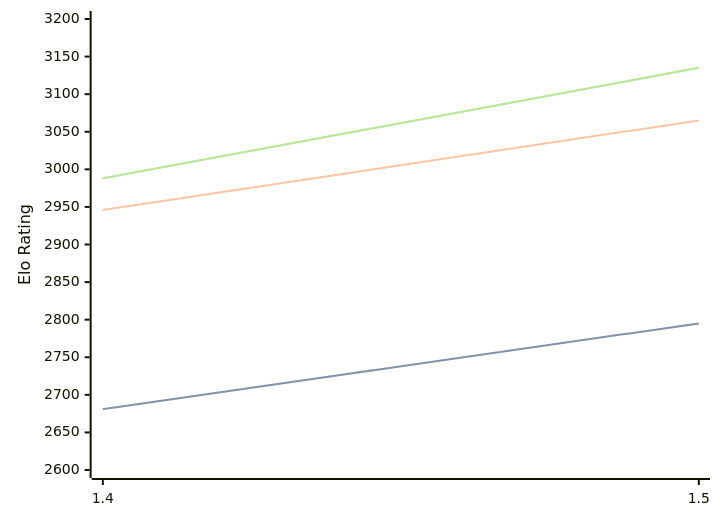
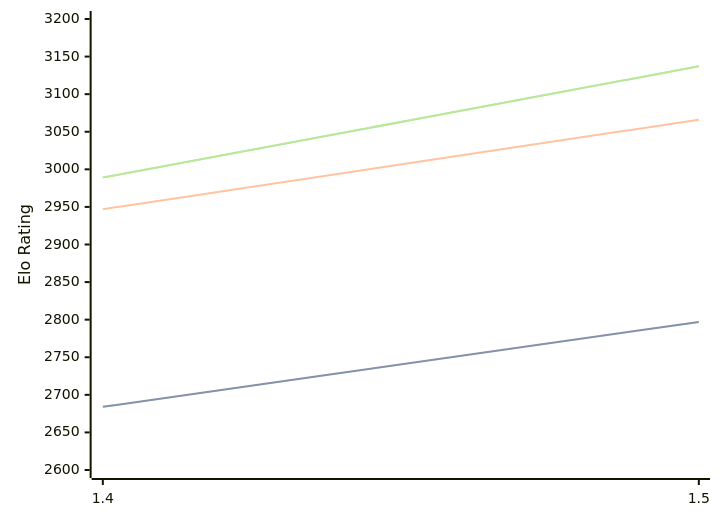
Before and after one commit to computer-chess-index/cci: the diagram in engines/Yakka.md, drawn with Mermaid. The commit also changed other lines of this file, not shown here.

Commit message:
Update CCI Ratings (ELO VLTC) - 2026-04-11

````diff
--- a/engines/Yakka.md
+++ b/engines/Yakka.md
@@ -36,11 +36,11 @@
 ```mermaid
 %%{init: {"theme":"base","themeVariables":{"seriesColors:['#a3a3a3','#222221','#faa371']}}}%%
 xychart-beta
   x-axis ["1.4", "1.5"]
   y-axis "Elo Rating" 2600 --> 3200
-  line "STC (8.0+0.08s)" [2681, 2795]
-  line "STC (8.0+0.08s)" [2681, 2795]
-  line "LTC (60.0+0.60s)" [2946, 3065]
-  line "VLTC (2m24s+1.12s)" [2988, 3135]
-  line "VLTC (2m24s+1.12s)" [2988, 3135]
+  line "STC (8.0+0.08s)" [2684, 2797]
+  line "STC (8.0+0.08s)" [2684, 2797]
+  line "LTC (60.0+0.60s)" [2947, 3066]
+  line "VLTC (2m24s+1.12s)" [2989, 3137]
+  line "VLTC (2m24s+1.12s)" [2989, 3137]
 ```
````
